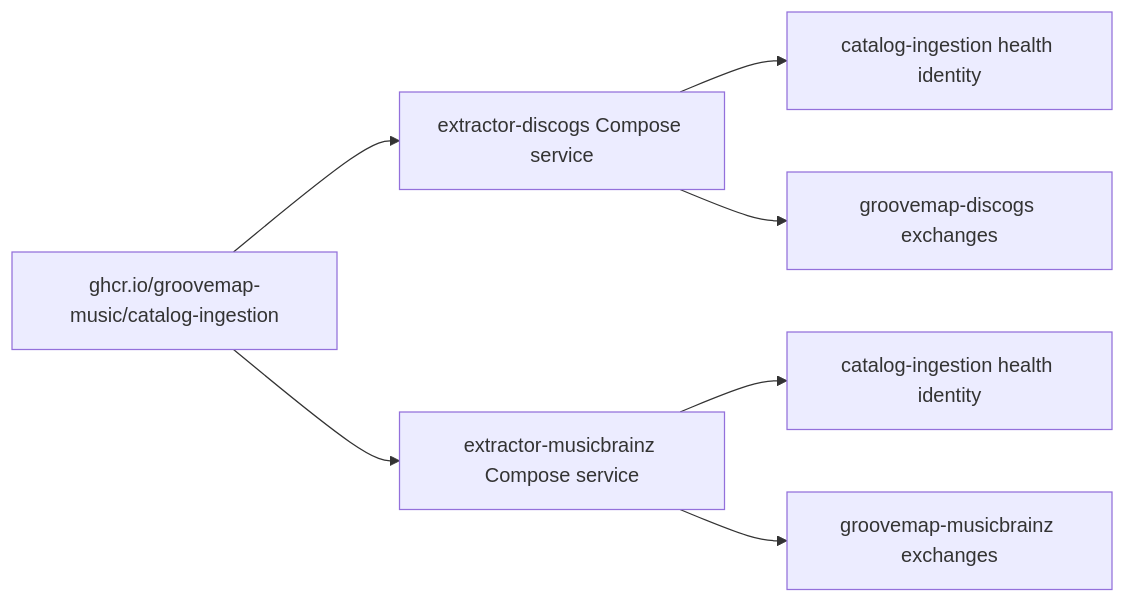
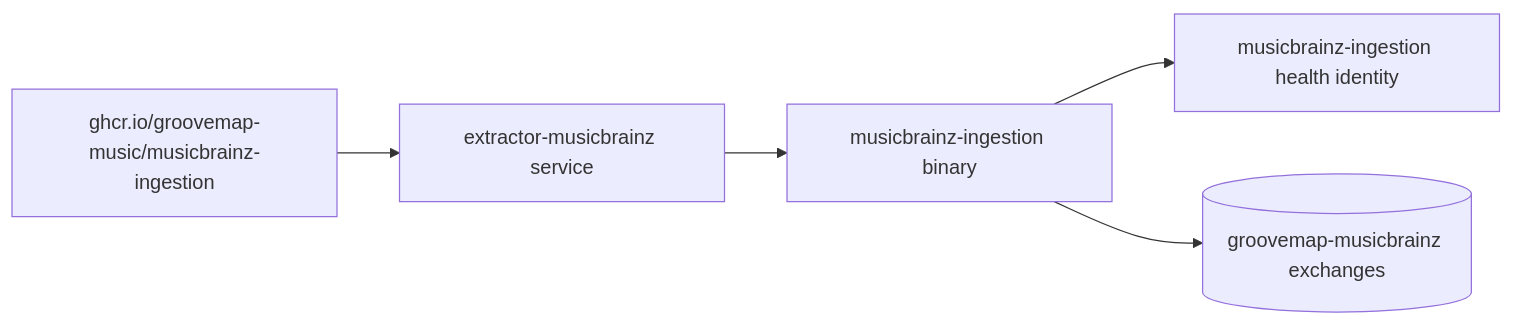
One commit to groovemap-music/musicbrainz-ingestion changed the diagram in docs/runtime-identity.md. Above: the diagram before and after it, drawn with Mermaid. The commit also changed other lines of this file and 7 other files, not shown here.

Commit message:
docs(musicbrainz): replace copied ingestion guidance

````diff
--- a/docs/runtime-identity.md
+++ b/docs/runtime-identity.md
@@ -8,9 +8,7 @@
 ```mermaid
 flowchart LR
-    I[ghcr.io/groovemap-music/catalog-ingestion] --> D[extractor-discogs Compose service]
-    I --> M[extractor-musicbrainz Compose service]
-    D --> H1[catalog-ingestion health identity]
-    M --> H2[catalog-ingestion health identity]
-    D --> Q1[groovemap-discogs exchanges]
-    M --> Q2[groovemap-musicbrainz exchanges]
+    I[ghcr.io/groovemap-music/musicbrainz-ingestion] --> S[extractor-musicbrainz service]
+    S --> B[musicbrainz-ingestion binary]
+    B --> H[musicbrainz-ingestion health identity]
+    B --> Q[(groovemap-musicbrainz exchanges)]
 ```
````
